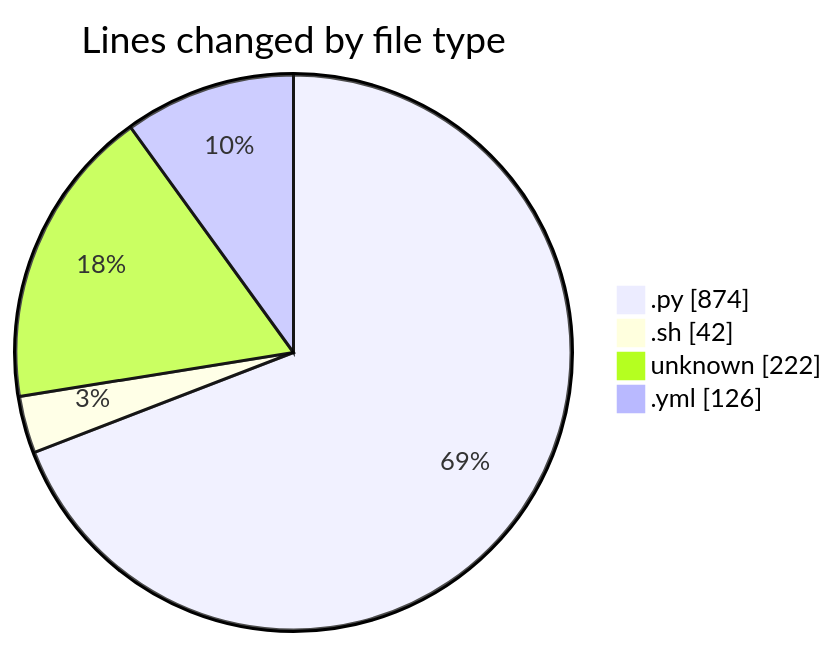
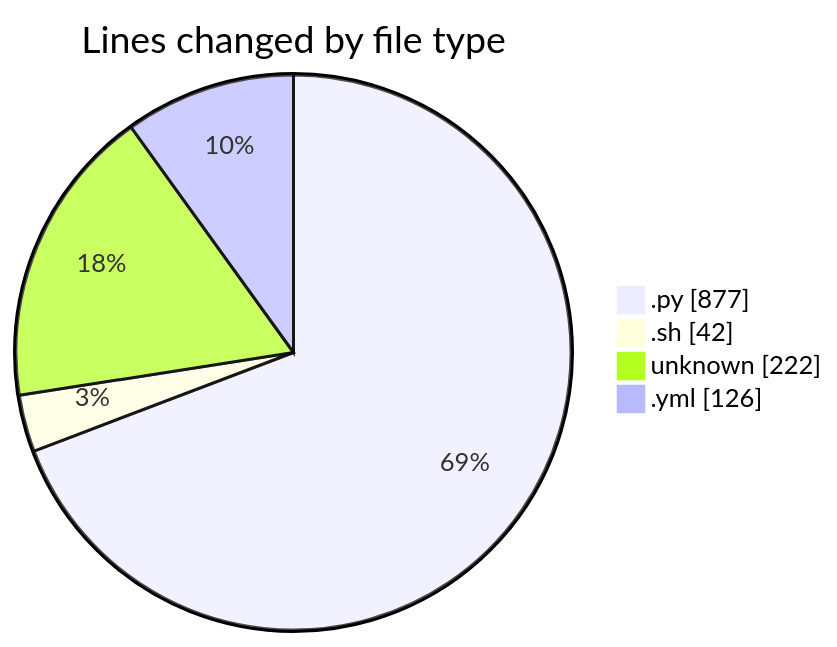
One commit to Elitesun/code-tracking changed the first of 2 diagrams in 2025-05-14/niten/README.md. Above: the diagram before and after it, drawn with Mermaid. The commit also changed other lines of this file and 1 other file, not shown here.

````diff
--- a/2025-05-14/niten/README.md
+++ b/2025-05-14/niten/README.md
@@ -31,8 +31,8 @@
 ```mermaid
 pie showData
 title Lines changed by file type
-".py" : 874
+".py" : 877
 ".sh" : 42
 "unknown" : 222
 ".yml" : 126
 ```
````
